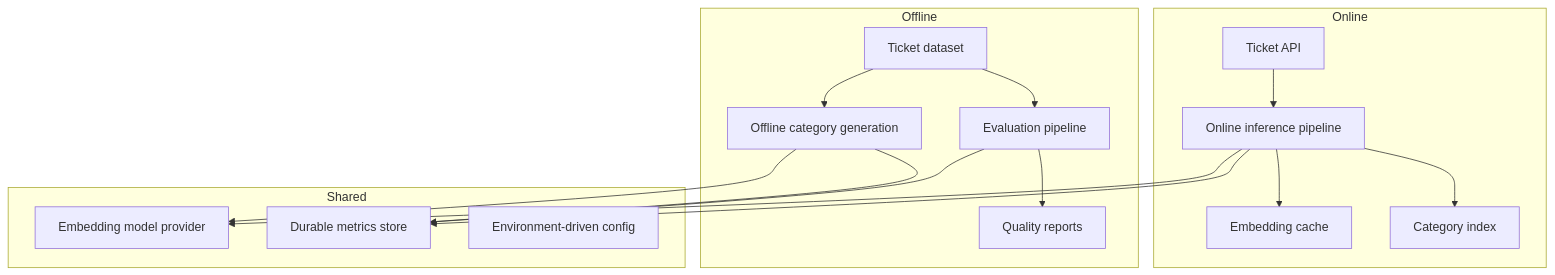
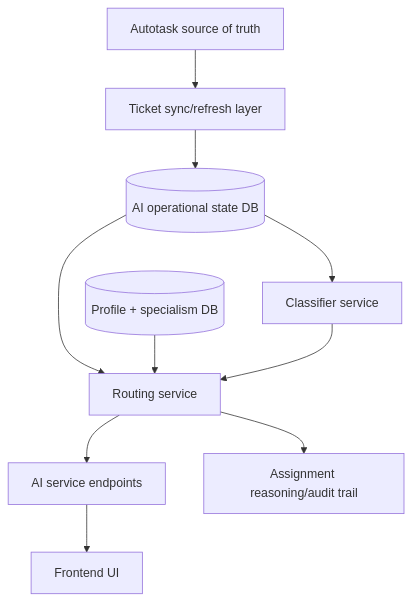
One commit to Plymouth-University/comp2003-2025-2026-team-3 changed the diagram in docs/services/ai-service/future-direction.md. Above: the diagram before and after it, drawn with Mermaid. The commit also changed other lines of this file and 5 other files, not shown here.

````diff
--- a/docs/services/ai-service/future-direction.md
+++ b/docs/services/ai-service/future-direction.md
@@ -93,26 +85,15 @@
 ```mermaid
 flowchart TD
-  subgraph Online
-    API[Ticket API] --> Inference[Online inference pipeline]
-    Inference --> Cache[Embedding cache]
-    Inference --> CategoryIndex[Category index]
-  end
+  Autotask[Autotask source of truth] --> Sync[Ticket sync/refresh layer]
+  Sync --> State[(AI operational state DB)]
 
-  subgraph Offline
-    Dataset[Ticket dataset] --> CategoryGen[Offline category generation]
-    Dataset --> Eval[Evaluation pipeline]
-    Eval --> Reports[Quality reports]
-  end
+  State --> Classifier[Classifier service]
+  State --> Router[Routing service]
+  Profile[(Profile + specialism DB)] --> Router
 
-  subgraph Shared
-    ModelProvider[Embedding model provider]
-    Metrics[Durable metrics store]
-    Config[Environment-driven config]
-  end
+  Classifier --> Router
+  Router --> API[AI service endpoints]
+  API --> Frontend[Frontend UI]
 
-  Inference --> ModelProvider
-  CategoryGen --> ModelProvider
-  Inference --> Metrics
-  CategoryGen --> Metrics
-  Eval --> Metrics
+  Router --> Audit[Assignment reasoning/audit trail]
 ```
````
